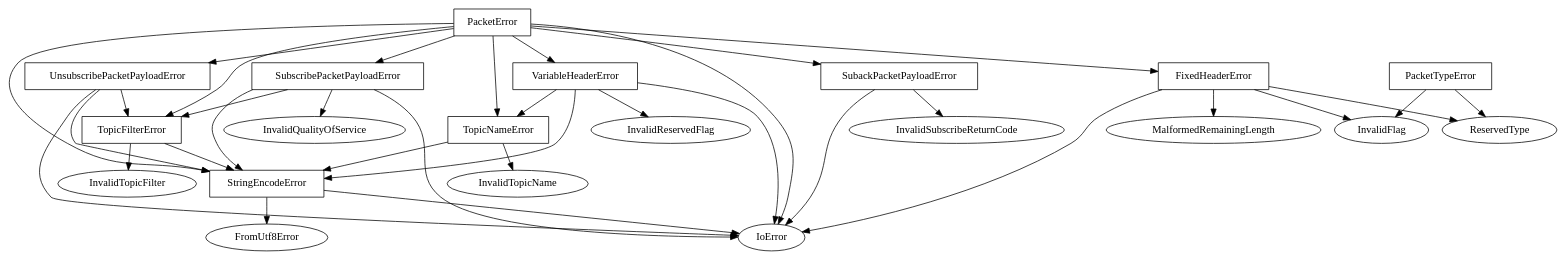
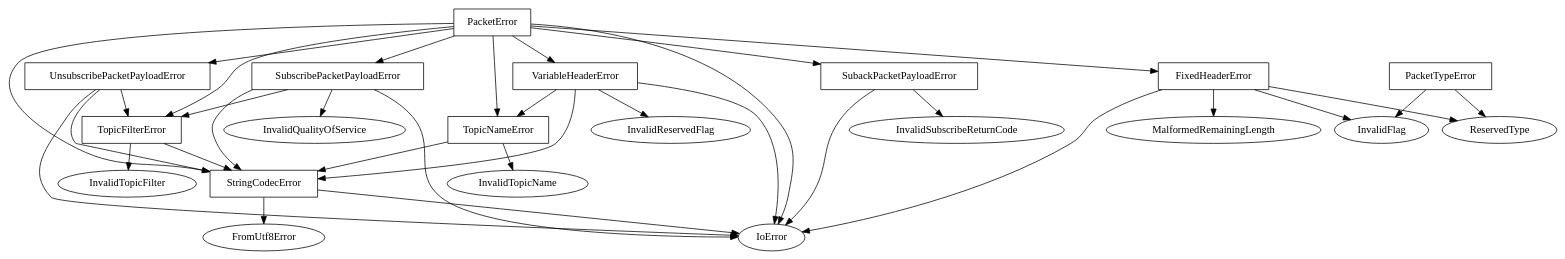
The diagram in errortypes.dot (zonyitoo/mqtt-rs), drawn with Graphviz before and after one commit. The commit also changed 9 other files, not shown here.

First line of the commit message:
Rename `StringEncodeError` to `StringCodecError`.

```diff
--- a/errortypes.dot
+++ b/errortypes.dot
@@ -1,58 +1,58 @@
 // Generated using the following shell command and some manual tinkering.
 // rg enum.*Error -A20 -I|sed -n /enum.*Error/,/}/p|rg -v //|sed 's/[(,].*//'
 
 digraph errors {
   TopicFilterError [shape=box]
-  TopicFilterError -> StringEncodeError;
+  TopicFilterError -> StringCodecError;
   TopicFilterError -> InvalidTopicFilter;
 
   TopicNameError [shape=box]
-  TopicNameError -> StringEncodeError;
+  TopicNameError -> StringCodecError;
   TopicNameError -> InvalidTopicName;
 
-  StringEncodeError [shape=box]
-  StringEncodeError -> IoError;
-  StringEncodeError -> FromUtf8Error;
+  StringCodecError [shape=box]
+  StringCodecError -> IoError;
+  StringCodecError -> FromUtf8Error;
 
   PacketTypeError [shape=box]
   PacketTypeError -> ReservedType;
   PacketTypeError -> InvalidFlag;
 
   FixedHeaderError [shape=box]
   FixedHeaderError -> IoError;
   FixedHeaderError -> MalformedRemainingLength;
   FixedHeaderError -> ReservedType;
   FixedHeaderError -> InvalidFlag;
 
   SubscribePacketPayloadError [shape=box]
   SubscribePacketPayloadError -> IoError;
-  SubscribePacketPayloadError -> StringEncodeError;
+  SubscribePacketPayloadError -> StringCodecError;
   SubscribePacketPayloadError -> InvalidQualityOfService;
   SubscribePacketPayloadError -> TopicFilterError;
 
   SubackPacketPayloadError [shape=box]
   SubackPacketPayloadError -> IoError;
   SubackPacketPayloadError -> InvalidSubscribeReturnCode;
 
   UnsubscribePacketPayloadError [shape=box]
   UnsubscribePacketPayloadError -> IoError;
-  UnsubscribePacketPayloadError -> StringEncodeError;
+  UnsubscribePacketPayloadError -> StringCodecError;
   UnsubscribePacketPayloadError -> TopicFilterError;
 
   PacketError [shape=box]
   PacketError -> IoError;
   PacketError -> FixedHeaderError;
   PacketError -> VariableHeaderError;
   PacketError -> SubackPacketPayloadError;
   PacketError -> SubscribePacketPayloadError;
   PacketError -> UnsubscribePacketPayloadError;
-  PacketError -> StringEncodeError;
+  PacketError -> StringCodecError;
   PacketError -> TopicNameError;
   PacketError -> TopicFilterError;
 
   VariableHeaderError [shape=box]
   VariableHeaderError -> IoError;
-  VariableHeaderError -> StringEncodeError;
+  VariableHeaderError -> StringCodecError;
   VariableHeaderError -> InvalidReservedFlag;
   VariableHeaderError -> TopicNameError;
 }
```
